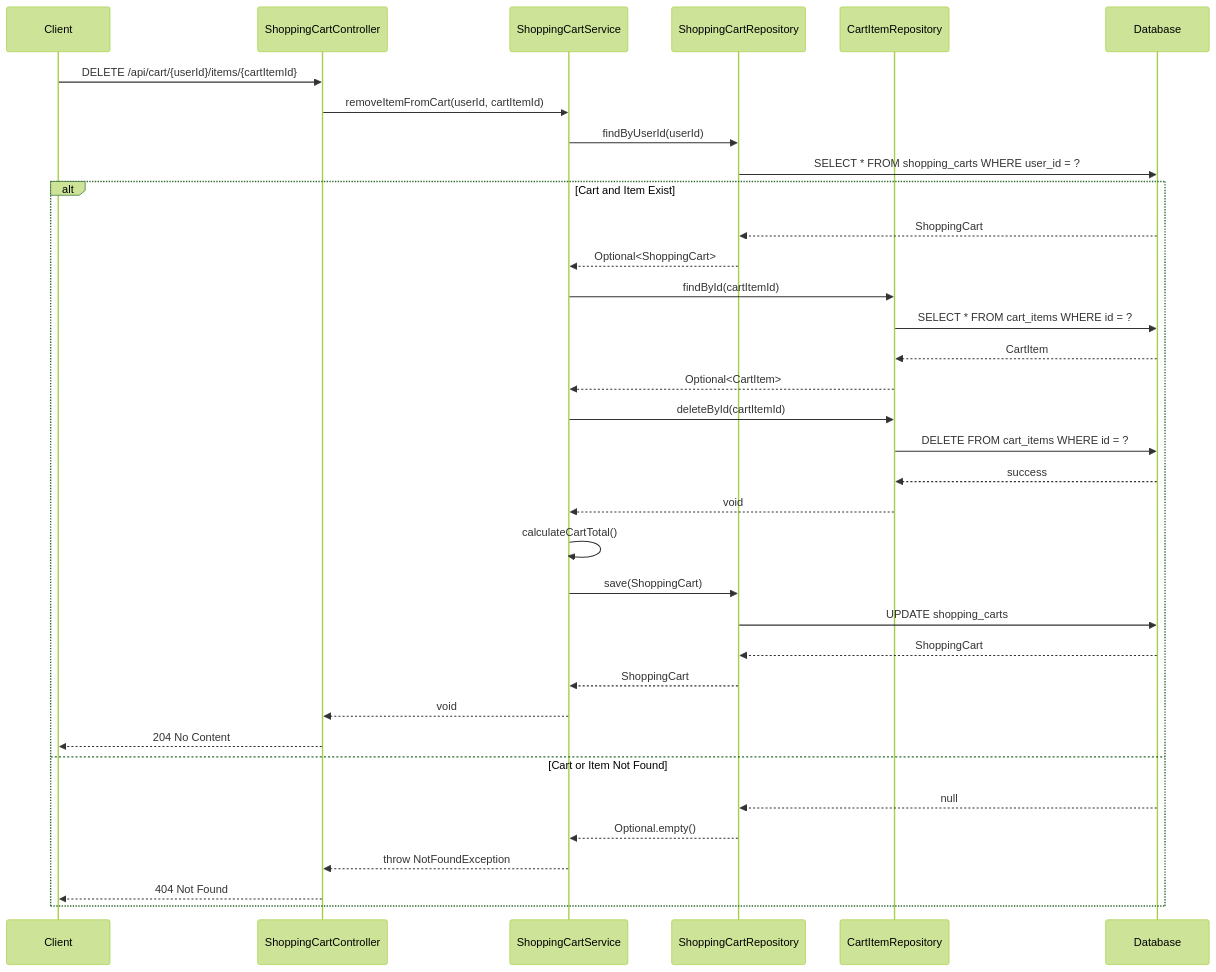
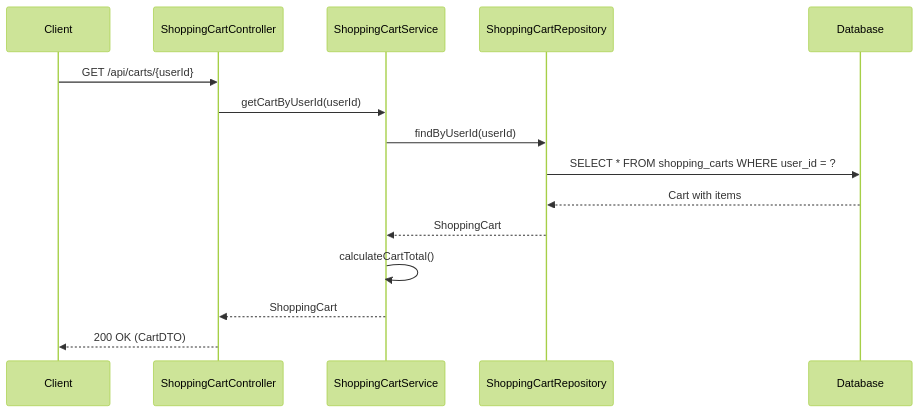
Diagram 13 of 13 in docs/LLD/modified_lld.md (NavneetBN47/aava-ecom-demo), drawn with Mermaid (forest theme) before and after one commit. The commit also changed other lines of this file, not shown here.

````diff
--- a/docs/LLD/modified_lld.md
+++ b/docs/LLD/modified_lld.md
@@ -524,39 +585,19 @@
 ```mermaid
 sequenceDiagram
     participant Client
     participant ShoppingCartController
     participant ShoppingCartService
     participant ShoppingCartRepository
-    participant CartItemRepository
     participant Database
 
-    Client->>ShoppingCartController: DELETE /api/cart/{userId}/items/{cartItemId}
-    ShoppingCartController->>ShoppingCartService: removeItemFromCart(userId, cartItemId)
+    Client->>ShoppingCartController: GET /api/carts/{userId}
+    ShoppingCartController->>ShoppingCartService: getCartByUserId(userId)
     ShoppingCartService->>ShoppingCartRepository: findByUserId(userId)
     ShoppingCartRepository->>Database: SELECT * FROM shopping_carts WHERE user_id = ?
+    Database-->>ShoppingCartRepository: Cart with items
+    ShoppingCartRepository-->>ShoppingCartService: ShoppingCart
     
-    alt Cart and Item Exist
-        Database-->>ShoppingCartRepository: ShoppingCart
-        ShoppingCartRepository-->>ShoppingCartService: Optional<ShoppingCart>
-        ShoppingCartService->>CartItemRepository: findById(cartItemId)
-        CartItemRepository->>Database: SELECT * FROM cart_items WHERE id = ?
-        Database-->>CartItemRepository: CartItem
-        CartItemRepository-->>ShoppingCartService: Optional<CartItem>
-        ShoppingCartService->>CartItemRepository: deleteById(cartItemId)
-        CartItemRepository->>Database: DELETE FROM cart_items WHERE id = ?
-        Database-->>CartItemRepository: success
-        CartItemRepository-->>ShoppingCartService: void
-        ShoppingCartService->>ShoppingCartService: calculateCartTotal()
-        ShoppingCartService->>ShoppingCartRepository: save(ShoppingCart)
-        ShoppingCartRepository->>Database: UPDATE shopping_carts
-        Database-->>ShoppingCartRepository: ShoppingCart
-        ShoppingCartRepository-->>ShoppingCartService: ShoppingCart
-        ShoppingCartService-->>ShoppingCartController: void
-        ShoppingCartController-->>Client: 204 No Content
-    else Cart or Item Not Found
-        Database-->>ShoppingCartRepository: null
-        ShoppingCartRepository-->>ShoppingCartService: Optional.empty()
-        ShoppingCartService-->>ShoppingCartController: throw NotFoundException
-        ShoppingCartController-->>Client: 404 Not Found
-    end
+    ShoppingCartService->>ShoppingCartService: calculateCartTotal()
+    ShoppingCartService-->>ShoppingCartController: ShoppingCart
+    ShoppingCartController-->>Client: 200 OK (CartDTO)
 ```
````
